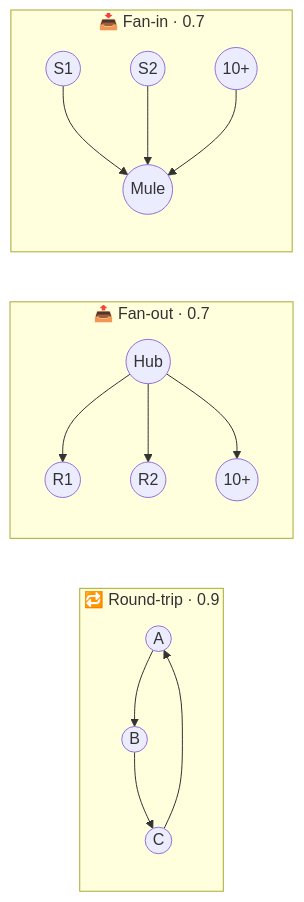
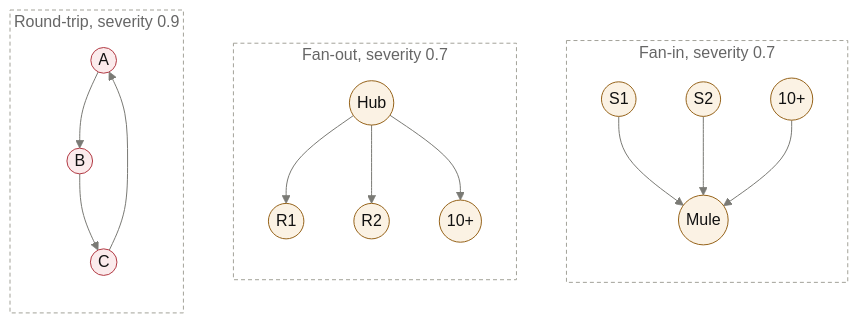
The fourth of 4 diagrams in README.md (Shivam7977/fund-flow-fraud), drawn with Mermaid before and after one commit. The commit also changed other lines of this file and 11 other files, not shown here.

````diff
--- a/README.md
+++ b/README.md
@@ -96,16 +207,26 @@
 ```mermaid
+%%{init: {'theme':'base','themeVariables':{'fontFamily':'Inter, -apple-system, Segoe UI, sans-serif','lineColor':'#7a7a75','edgeLabelBackground':'#F7F7F5','clusterBkg':'transparent','clusterBorder':'#A3A299'}}}%%
 flowchart LR
-    subgraph RT["🔁 Round-trip · 0.9"]
+    subgraph RT["Round-trip, severity 0.9"]
         A1((A)) --> B1((B)) --> C1((C)) --> A1
     end
-    subgraph FO["📤 Fan-out · 0.7"]
-        H((Hub)) --> R1((R1))
+    subgraph FO["Fan-out, severity 0.7"]
+        H(("Hub")) --> R1((R1))
         H --> R2((R2))
-        H --> R3((10+))
+        H --> R3(("10+"))
     end
-    subgraph FI["📥 Fan-in · 0.7"]
-        S1((S1)) --> M((Mule))
+    subgraph FI["Fan-in, severity 0.7"]
+        S1((S1)) --> M(("Mule"))
         S2((S2)) --> M
-        S3((10+)) --> M
+        S3(("10+")) --> M
     end
+    RT ~~~ FO ~~~ FI
+
+    classDef fraud fill:#FBEBEC,stroke:#B23A44,color:#111111
+    classDef review fill:#FBF2E4,stroke:#96631A,color:#111111
+    class A1,B1,C1 fraud
+    class H,R1,R2,R3,S1,S2,S3,M review
+    style RT fill:none,stroke:#A3A299,stroke-dasharray:4 3,color:#666666
+    style FO fill:none,stroke:#A3A299,stroke-dasharray:4 3,color:#666666
+    style FI fill:none,stroke:#A3A299,stroke-dasharray:4 3,color:#666666
 ```
````
